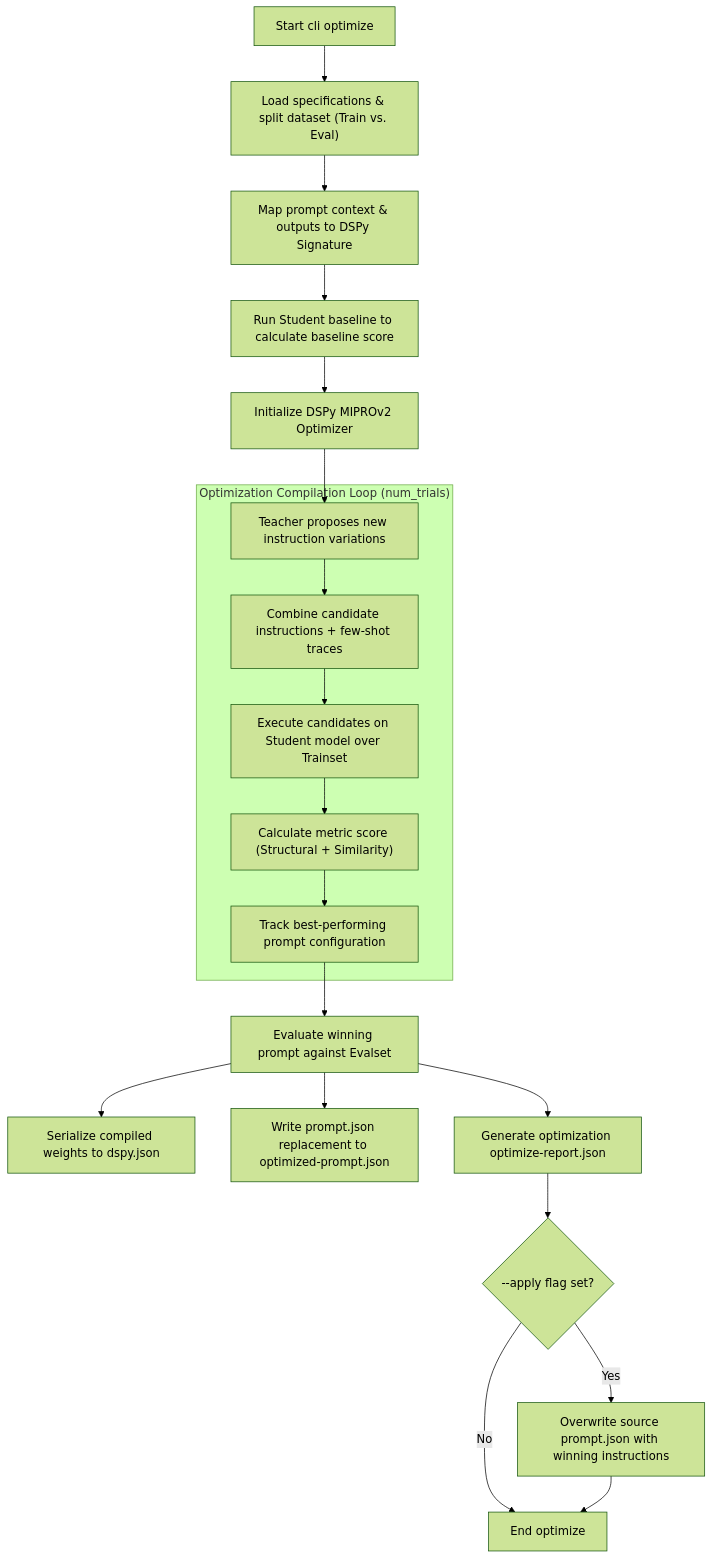
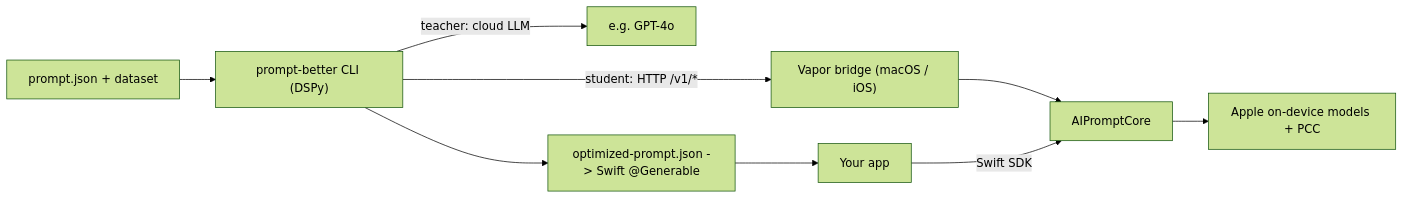
The diagram in README.md (pkcpkc/prompt-better), drawn with Mermaid (forest theme) before and after one commit. The commit also changed other lines of this file and 63 other files, not shown here.

````diff
--- a/README.md
+++ b/README.md
@@ -268,26 +38,11 @@
 ```mermaid
-flowchart TD
-    Start["Start cli optimize"] --> Load["Load specifications & split dataset (Train vs. Eval)"]
-    Load --> CreateSignature["Map prompt context & outputs to DSPy Signature"]
-    CreateSignature --> EvalBaseline["Run Student baseline to calculate baseline score"]
-
-    EvalBaseline --> InitMIPRO["Initialize DSPy MIPROv2 Optimizer"]
-    InitMIPRO --> TeacherGenerate["Teacher proposes new instruction variations"]
-
-    subgraph CompLoop ["Optimization Compilation Loop (num_trials)"]
-        TeacherGenerate --> CompileCandidate["Combine candidate instructions + few-shot traces"]
-        CompileCandidate --> ExecStudent["Execute candidates on Student model over Trainset"]
-        ExecStudent --> GradeCandidate["Calculate metric score (Structural + Similarity)"]
-        GradeCandidate --> SelectBest["Track best-performing prompt configuration"]
-    end
-
-    SelectBest --> TestWinner["Evaluate winning prompt against Evalset"]
-    TestWinner --> SaveDSPy["Serialize compiled weights to dspy.json"]
-    TestWinner --> SaveOptimized["Write prompt.json replacement to optimized-prompt.json"]
-    TestWinner --> WriteReport["Generate optimization optimize-report.json"]
-
-    WriteReport --> ApplyFlag{--apply flag set?}
-    ApplyFlag -- Yes --> OverwriteSource["Overwrite source prompt.json with winning instructions"]
-    ApplyFlag -- No --> End["End optimize"]
-    OverwriteSource --> End
+flowchart LR
+    spec["prompt.json + dataset"] --> cli["prompt-better CLI (DSPy)"]
+    cli -- "teacher: cloud LLM" --> teacher["e.g. GPT-4o"]
+    cli -- "student: HTTP /v1/*" --> bridge["Vapor bridge (macOS / iOS)"]
+    bridge --> core["AIPromptCore"]
+    app["Your app"] -- "Swift SDK" --> core
+    core --> apple["Apple on-device models + PCC"]
+    cli --> out["optimized-prompt.json -> Swift @Generable"]
+    out --> app
 ```
````
